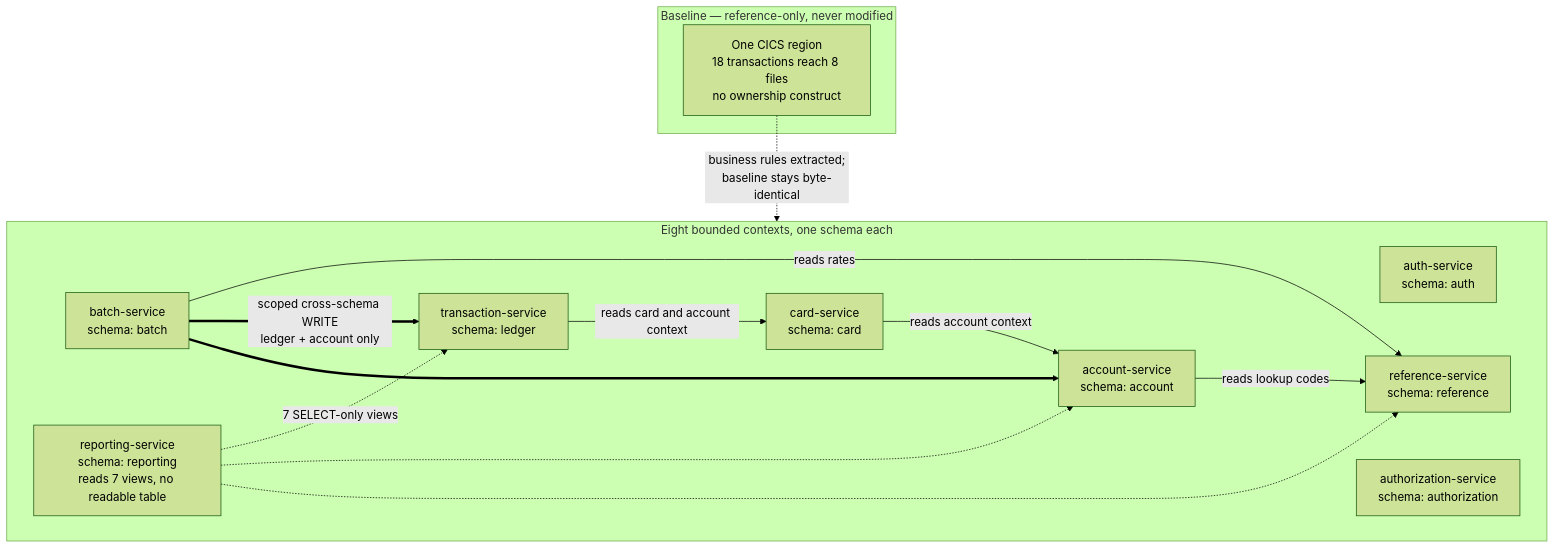
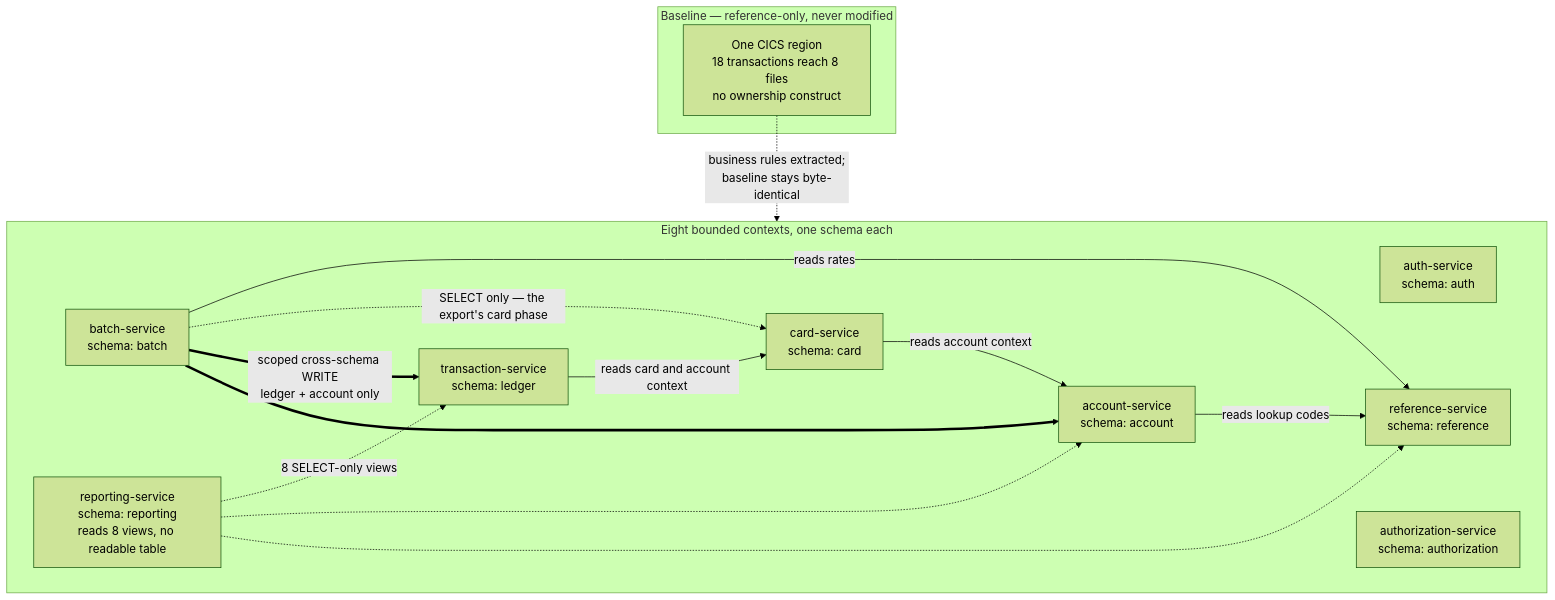
The diagram in docs/adr/ADR-007-service-boundaries.md (Blitzy-LocalStack/aws-mainframe-modernization-carddemo), drawn with Mermaid (forest theme) before and after one commit. The commit also changed other lines of this file and 325 other files, not shown here.

````diff
--- a/docs/adr/ADR-007-service-boundaries.md
+++ b/docs/adr/ADR-007-service-boundaries.md
@@ -187,37 +207,42 @@
 ```mermaid
 graph TB
     subgraph REF["Baseline — reference-only, never modified"]
         CICS["One CICS region<br/>18 transactions reach 8 files<br/>no ownership construct"]
     end
 
     subgraph TGT["Eight bounded contexts, one schema each"]
         AUTH["auth-service<br/>schema: auth"]
         ACCT["account-service<br/>schema: account"]
         CARD["card-service<br/>schema: card"]
         TRAN["transaction-service<br/>schema: ledger"]
         REFS["reference-service<br/>schema: reference"]
         BATCH["batch-service<br/>schema: batch"]
         AUTHZ["authorization-service<br/>schema: authorization"]
-        RPT["reporting-service<br/>schema: reporting<br/>reads 7 views, no readable table"]
+        RPT["reporting-service<br/>schema: reporting<br/>reads 8 views, no readable table"]
     end
 
     CICS -.->|"business rules extracted;<br/>baseline stays byte-identical"| TGT
 
     CARD -->|reads account context| ACCT
     TRAN -->|reads card and account context| CARD
     ACCT -->|reads lookup codes| REFS
     BATCH -->|reads rates| REFS
+    BATCH -.->|"SELECT only — the export's card phase"| CARD
     BATCH ==>|"scoped cross-schema WRITE<br/>ledger + account only"| TRAN
     BATCH ==> ACCT
-    RPT -.->|"7 SELECT-only views"| TRAN
+    RPT -.->|"8 SELECT-only views"| TRAN
     RPT -.-> ACCT
     RPT -.-> REFS
 %% Dashed = read-only. Double arrow = the one deliberate cross-schema WRITE exception.
 %% These are the TARGET dependency edges this record decides, not a delivered-state
 %% inventory -- see the note immediately below the diagram.
-%% Every other context reads and writes only its own schema.
+%% Every context other than BATCH and RPT reads and writes only its own schema.
+%% The BATCH->CARD edge is drawn because that grant IS exercised:
+%% com.carddemo.batch.domain.Card maps card.cards for the export's card phase. An
+%% edge is drawn for a grant with a call site and withheld for one without, which is
+%% the same rule the reporting edges follow below.
 %% The reporting edges are drawn to the three schemas the eight views actually read
-%% -- ledger, account and reference. No view reads the card schema, so no edge is
+%% -- ledger, account and reference. No view reads the card schema, so no RPT edge is
 %% drawn to CARD even though the NOLOGIN owner role holds a read grant there; an
 %% edge for an unexercised grant would overstate the coupling this diagram is for.
 ```
````
